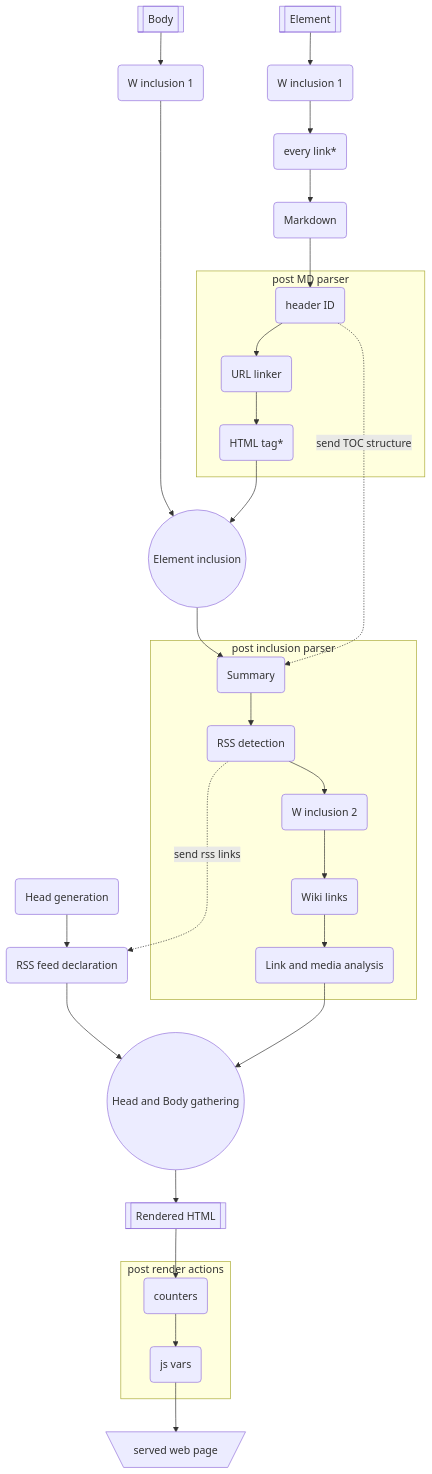
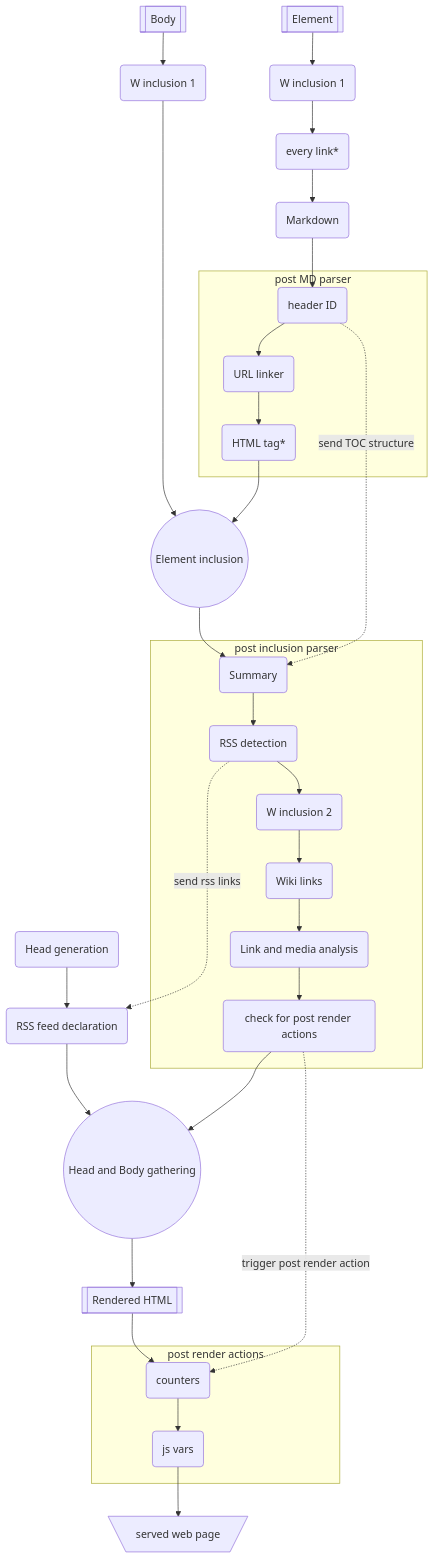
One commit to vincent-peugnet/wcms changed the diagram in RENDER.md. Above: the diagram before and after it, drawn with Mermaid. The commit also changed 1 other file, not shown here.

Commit message:
add post render to render diagram

````diff
--- a/RENDER.md
+++ b/RENDER.md
@@ -7,40 +7,42 @@
 ```mermaid
 flowchart TD
 
     0A(Head generation) -->
     0rss(RSS feed declaration) --> 3B
 
     2A[[Body]] -->
     2B(W inclusion 1)  ------->
     2C((Element inclusion)) --> 2D
     subgraph "post inclusion parser"
         2D(Summary) -->
         2rss(RSS detection) -->
         2F(W inclusion 2) -->
         2H(Wiki links) -->
-        2I(Link and media analysis)
+        2I(Link and media analysis) -->
+        2pp(check for post render actions)
     end
-    2I -->
+    2pp -->
     3B((Head and Body gathering)) -->
     3C[[Rendered HTML]] --> 4c
     subgraph "post render actions"
         4c(counters) -->
         4j(js vars)
     end
     4j --> 5[\served web page/]
 
 
     1A[[Element]] -->
     1B(W inclusion 1) -->
     1C(every link*) -->
     1D(Markdown) --> 1E
     subgraph "post MD parser"
         1E(header ID) -->
         1F(URL linker) -->
         1G(HTML tag*)
     end
     1G --> 2C
 
     1E -. "send TOC structure" .-> 2D
     2rss -. "send rss links" .-> 0rss
+    2pp -. trigger post render action .-> 4c
 ```
````
